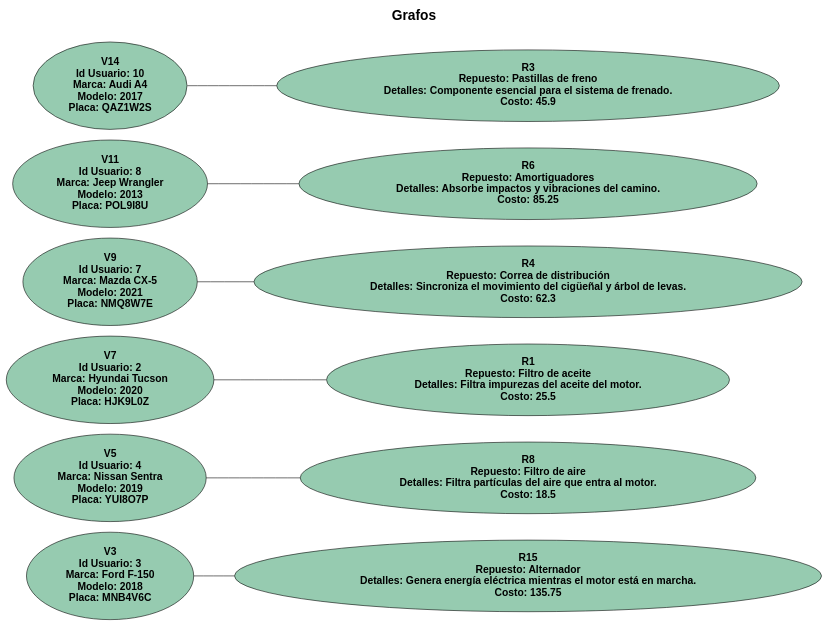
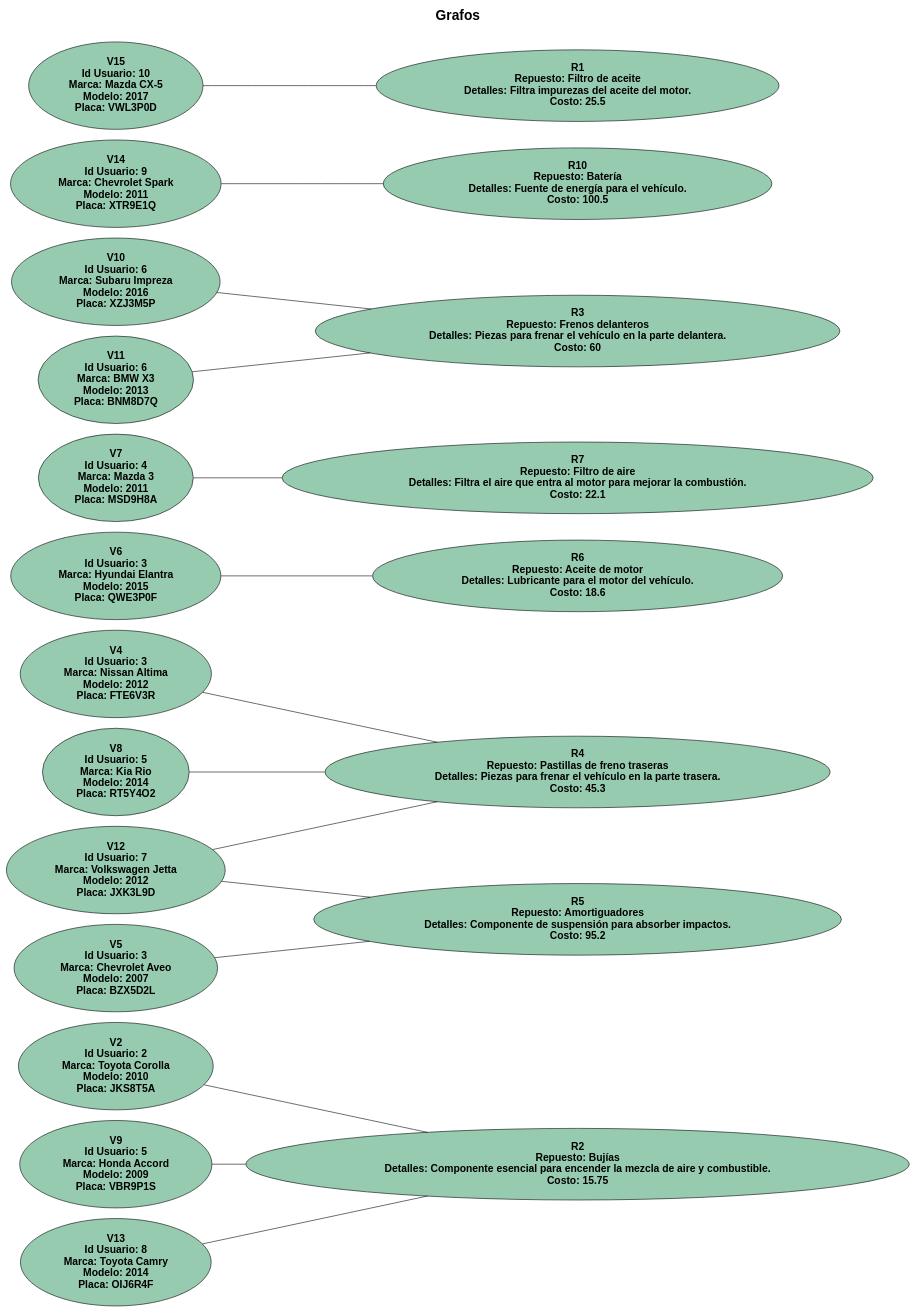
Before and after one commit to Saloj17/-EDD-1S2025_201900081: the diagram in Fase3/Reportes/grafo.dot, drawn with Graphviz. The commit also changed 46 other files, not shown here.

```diff
--- a/Fase3/Reportes/grafo.dot
+++ b/Fase3/Reportes/grafo.dot
@@ -1,70 +1,150 @@
 graph G {
 rankdir ="LR";
 label = "Grafos
 
 ";
 
 labelloc = "t";
 fontsize = 24;
 fontname = "Helvetica-Bold";
-V3[label="V3 
+V2[label="V2 
+ Id Usuario: 2
+ Marca: Toyota Corolla
+ Modelo: 2010 
+ Placa: JKS8T5A"  style="filled" fillcolor="#96cbb0" fontname="Helvetica-Bold" fontsize = 18];
+R2 [label="R2 
+ Repuesto: Bujías 
+ Detalles: Componente esencial para encender la mezcla de aire y combustible. 
+ Costo: 15.75"   style="filled" fillcolor="#96cbb0" fontname="Helvetica-Bold" fontsize = 18];
+V2 -- R2 [dir=normal];
+V4[label="V4 
  Id Usuario: 3
- Marca: Ford F-150
- Modelo: 2018 
- Placa: MNB4V6C"  style="filled" fillcolor="#96cbb0" fontname="Helvetica-Bold" fontsize = 18];
-R15 [label="R15 
- Repuesto: Alternador 
- Detalles: Genera energía eléctrica mientras el motor está en marcha. 
- Costo: 135.75"   style="filled" fillcolor="#96cbb0" fontname="Helvetica-Bold" fontsize = 18];
-V3 -- R15 [dir=normal];
+ Marca: Nissan Altima
+ Modelo: 2012 
+ Placa: FTE6V3R"  style="filled" fillcolor="#96cbb0" fontname="Helvetica-Bold" fontsize = 18];
+R4 [label="R4 
+ Repuesto: Pastillas de freno traseras 
+ Detalles: Piezas para frenar el vehículo en la parte trasera. 
+ Costo: 45.3"   style="filled" fillcolor="#96cbb0" fontname="Helvetica-Bold" fontsize = 18];
+V4 -- R4 [dir=normal];
 V5[label="V5 
+ Id Usuario: 3
+ Marca: Chevrolet Aveo
+ Modelo: 2007 
+ Placa: BZX5D2L"  style="filled" fillcolor="#96cbb0" fontname="Helvetica-Bold" fontsize = 18];
+R5 [label="R5 
+ Repuesto: Amortiguadores 
+ Detalles: Componente de suspensión para absorber impactos. 
+ Costo: 95.2"   style="filled" fillcolor="#96cbb0" fontname="Helvetica-Bold" fontsize = 18];
+V5 -- R5 [dir=normal];
+V6[label="V6 
+ Id Usuario: 3
+ Marca: Hyundai Elantra
+ Modelo: 2015 
+ Placa: QWE3P0F"  style="filled" fillcolor="#96cbb0" fontname="Helvetica-Bold" fontsize = 18];
+R6 [label="R6 
+ Repuesto: Aceite de motor 
+ Detalles: Lubricante para el motor del vehículo. 
+ Costo: 18.6"   style="filled" fillcolor="#96cbb0" fontname="Helvetica-Bold" fontsize = 18];
+V6 -- R6 [dir=normal];
+V7[label="V7 
  Id Usuario: 4
- Marca: Nissan Sentra
- Modelo: 2019 
- Placa: YUI8O7P"  style="filled" fillcolor="#96cbb0" fontname="Helvetica-Bold" fontsize = 18];
-R8 [label="R8 
+ Marca: Mazda 3
+ Modelo: 2011 
+ Placa: MSD9H8A"  style="filled" fillcolor="#96cbb0" fontname="Helvetica-Bold" fontsize = 18];
+R7 [label="R7 
  Repuesto: Filtro de aire 
- Detalles: Filtra partículas del aire que entra al motor. 
- Costo: 18.5"   style="filled" fillcolor="#96cbb0" fontname="Helvetica-Bold" fontsize = 18];
-V5 -- R8 [dir=normal];
-V7[label="V7 
- Id Usuario: 2
- Marca: Hyundai Tucson
- Modelo: 2020 
- Placa: HJK9L0Z"  style="filled" fillcolor="#96cbb0" fontname="Helvetica-Bold" fontsize = 18];
+ Detalles: Filtra el aire que entra al motor para mejorar la combustión. 
+ Costo: 22.1"   style="filled" fillcolor="#96cbb0" fontname="Helvetica-Bold" fontsize = 18];
+V7 -- R7 [dir=normal];
+V8[label="V8 
+ Id Usuario: 5
+ Marca: Kia Rio
+ Modelo: 2014 
+ Placa: RT5Y4O2"  style="filled" fillcolor="#96cbb0" fontname="Helvetica-Bold" fontsize = 18];
+R4 [label="R4 
+ Repuesto: Pastillas de freno traseras 
+ Detalles: Piezas para frenar el vehículo en la parte trasera. 
+ Costo: 45.3"   style="filled" fillcolor="#96cbb0" fontname="Helvetica-Bold" fontsize = 18];
+V8 -- R4 [dir=normal];
+V9[label="V9 
+ Id Usuario: 5
+ Marca: Honda Accord
+ Modelo: 2009 
+ Placa: VBR9P1S"  style="filled" fillcolor="#96cbb0" fontname="Helvetica-Bold" fontsize = 18];
+R2 [label="R2 
+ Repuesto: Bujías 
+ Detalles: Componente esencial para encender la mezcla de aire y combustible. 
+ Costo: 15.75"   style="filled" fillcolor="#96cbb0" fontname="Helvetica-Bold" fontsize = 18];
+V9 -- R2 [dir=normal];
+V10[label="V10 
+ Id Usuario: 6
+ Marca: Subaru Impreza
+ Modelo: 2016 
+ Placa: XZJ3M5P"  style="filled" fillcolor="#96cbb0" fontname="Helvetica-Bold" fontsize = 18];
+R3 [label="R3 
+ Repuesto: Frenos delanteros 
+ Detalles: Piezas para frenar el vehículo en la parte delantera. 
+ Costo: 60"   style="filled" fillcolor="#96cbb0" fontname="Helvetica-Bold" fontsize = 18];
+V10 -- R3 [dir=normal];
+V11[label="V11 
+ Id Usuario: 6
+ Marca: BMW X3
+ Modelo: 2013 
+ Placa: BNM8D7Q"  style="filled" fillcolor="#96cbb0" fontname="Helvetica-Bold" fontsize = 18];
+R3 [label="R3 
+ Repuesto: Frenos delanteros 
+ Detalles: Piezas para frenar el vehículo en la parte delantera. 
+ Costo: 60"   style="filled" fillcolor="#96cbb0" fontname="Helvetica-Bold" fontsize = 18];
+V11 -- R3 [dir=normal];
+V12[label="V12 
+ Id Usuario: 7
+ Marca: Volkswagen Jetta
+ Modelo: 2012 
+ Placa: JXK3L9D"  style="filled" fillcolor="#96cbb0" fontname="Helvetica-Bold" fontsize = 18];
+R4 [label="R4 
+ Repuesto: Pastillas de freno traseras 
+ Detalles: Piezas para frenar el vehículo en la parte trasera. 
+ Costo: 45.3"   style="filled" fillcolor="#96cbb0" fontname="Helvetica-Bold" fontsize = 18];
+V12 -- R4 [dir=normal];
+V12[label="V12 
+ Id Usuario: 7
+ Marca: Volkswagen Jetta
+ Modelo: 2012 
+ Placa: JXK3L9D"  style="filled" fillcolor="#96cbb0" fontname="Helvetica-Bold" fontsize = 18];
+R5 [label="R5 
+ Repuesto: Amortiguadores 
+ Detalles: Componente de suspensión para absorber impactos. 
+ Costo: 95.2"   style="filled" fillcolor="#96cbb0" fontname="Helvetica-Bold" fontsize = 18];
+V12 -- R5 [dir=normal];
+V13[label="V13 
+ Id Usuario: 8
+ Marca: Toyota Camry
+ Modelo: 2014 
+ Placa: OIJ6R4F"  style="filled" fillcolor="#96cbb0" fontname="Helvetica-Bold" fontsize = 18];
+R2 [label="R2 
+ Repuesto: Bujías 
+ Detalles: Componente esencial para encender la mezcla de aire y combustible. 
+ Costo: 15.75"   style="filled" fillcolor="#96cbb0" fontname="Helvetica-Bold" fontsize = 18];
+V13 -- R2 [dir=normal];
+V14[label="V14 
+ Id Usuario: 9
+ Marca: Chevrolet Spark
+ Modelo: 2011 
+ Placa: XTR9E1Q"  style="filled" fillcolor="#96cbb0" fontname="Helvetica-Bold" fontsize = 18];
+R10 [label="R10 
+ Repuesto: Batería 
+ Detalles: Fuente de energía para el vehículo. 
+ Costo: 100.5"   style="filled" fillcolor="#96cbb0" fontname="Helvetica-Bold" fontsize = 18];
+V14 -- R10 [dir=normal];
+V15[label="V15 
+ Id Usuario: 10
+ Marca: Mazda CX-5
+ Modelo: 2017 
+ Placa: VWL3P0D"  style="filled" fillcolor="#96cbb0" fontname="Helvetica-Bold" fontsize = 18];
 R1 [label="R1 
  Repuesto: Filtro de aceite 
  Detalles: Filtra impurezas del aceite del motor. 
  Costo: 25.5"   style="filled" fillcolor="#96cbb0" fontname="Helvetica-Bold" fontsize = 18];
-V7 -- R1 [dir=normal];
-V9[label="V9 
- Id Usuario: 7
- Marca: Mazda CX-5
- Modelo: 2021 
- Placa: NMQ8W7E"  style="filled" fillcolor="#96cbb0" fontname="Helvetica-Bold" fontsize = 18];
-R4 [label="R4 
- Repuesto: Correa de distribución 
- Detalles: Sincroniza el movimiento del cigüeñal y árbol de levas. 
- Costo: 62.3"   style="filled" fillcolor="#96cbb0" fontname="Helvetica-Bold" fontsize = 18];
-V9 -- R4 [dir=normal];
-V11[label="V11 
- Id Usuario: 8
- Marca: Jeep Wrangler
- Modelo: 2013 
- Placa: POL9I8U"  style="filled" fillcolor="#96cbb0" fontname="Helvetica-Bold" fontsize = 18];
-R6 [label="R6 
- Repuesto: Amortiguadores 
- Detalles: Absorbe impactos y vibraciones del camino. 
- Costo: 85.25"   style="filled" fillcolor="#96cbb0" fontname="Helvetica-Bold" fontsize = 18];
-V11 -- R6 [dir=normal];
-V14[label="V14 
- Id Usuario: 10
- Marca: Audi A4
- Modelo: 2017 
- Placa: QAZ1W2S"  style="filled" fillcolor="#96cbb0" fontname="Helvetica-Bold" fontsize = 18];
-R3 [label="R3 
- Repuesto: Pastillas de freno 
- Detalles: Componente esencial para el sistema de frenado. 
- Costo: 45.9"   style="filled" fillcolor="#96cbb0" fontname="Helvetica-Bold" fontsize = 18];
-V14 -- R3 [dir=normal];
+V15 -- R1 [dir=normal];
 }
```
